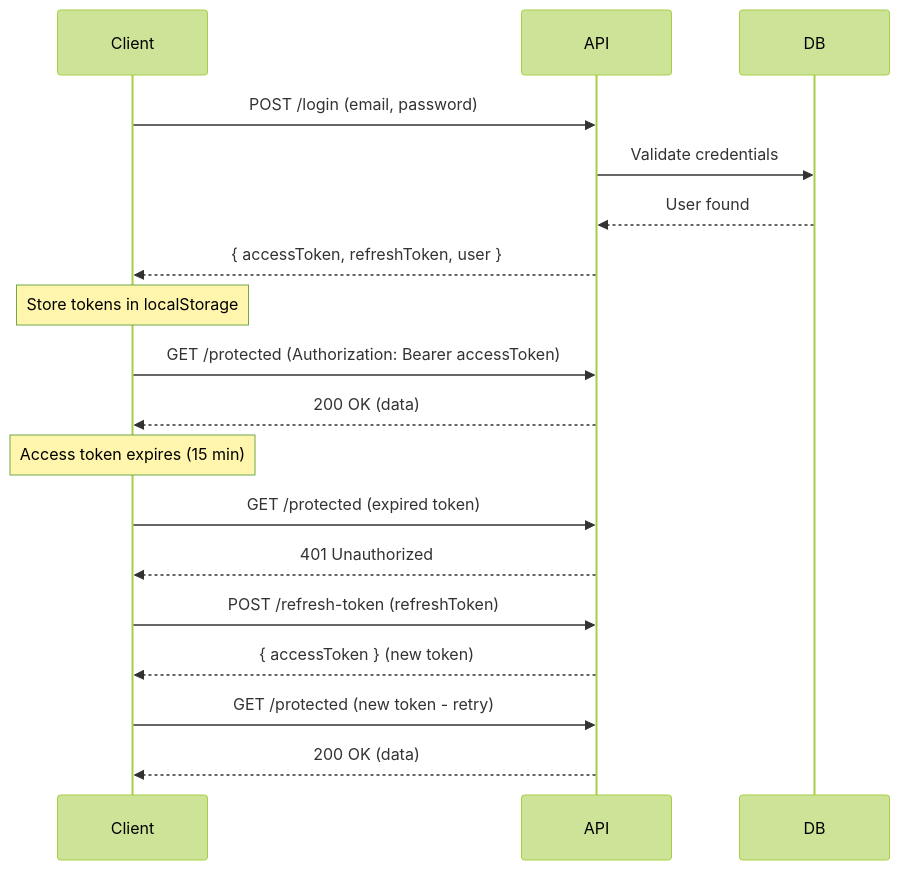
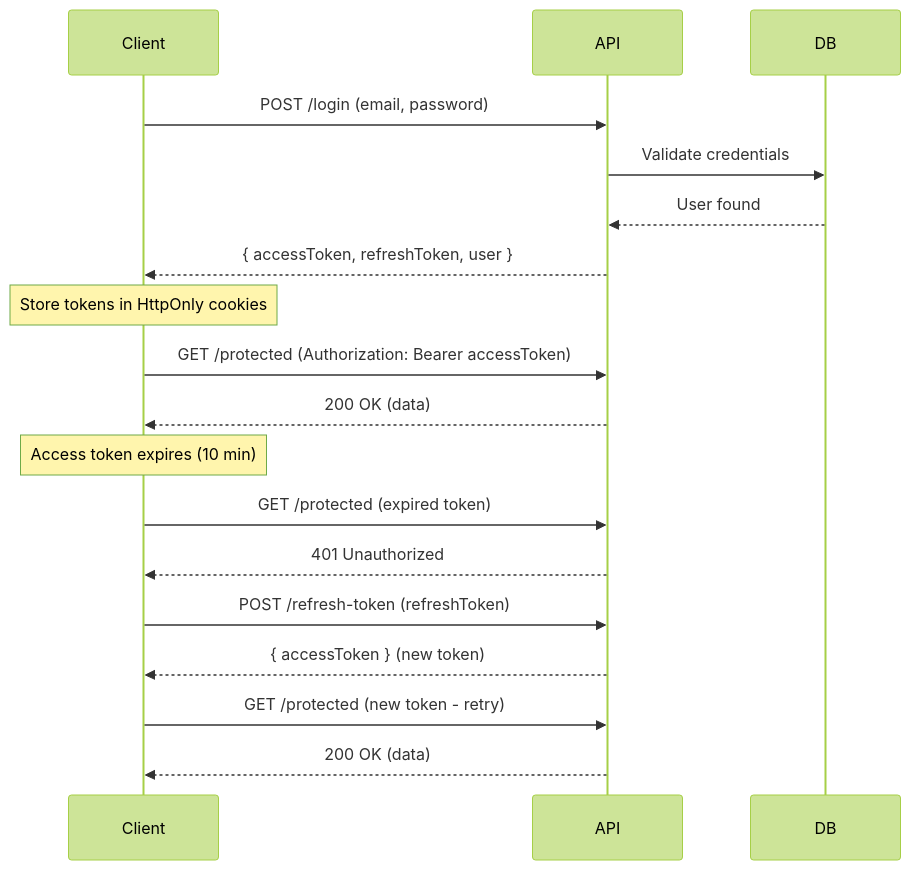
The third of 4 diagrams in ARCHITECTURE.md (GuillaumePOREZ72/interview-trainer-ai), drawn with Mermaid (forest theme) before and after one commit. The commit also changed other lines of this file and 2 other files, not shown here.

Commit message:
♻️ refactor(architecture): update token storage from localStorage to HttpOnly cookies and adjust access token expiry to 10 minutes

````diff
--- a/ARCHITECTURE.md
+++ b/ARCHITECTURE.md
@@ -180,27 +180,27 @@
 ```mermaid
 sequenceDiagram
     participant Client
     participant API
     participant DB
 
     Client->>API: POST /login (email, password)
     API->>DB: Validate credentials
     DB-->>API: User found
     API-->>Client: { accessToken, refreshToken, user }
 
-    Note over Client: Store tokens in localStorage
+    Note over Client: Store tokens in HttpOnly cookies
 
     Client->>API: GET /protected (Authorization: Bearer accessToken)
     API-->>Client: 200 OK (data)
 
-    Note over Client: Access token expires (15 min)
+    Note over Client: Access token expires (10 min)
 
     Client->>API: GET /protected (expired token)
     API-->>Client: 401 Unauthorized
 
     Client->>API: POST /refresh-token (refreshToken)
     API-->>Client: { accessToken } (new token)
 
     Client->>API: GET /protected (new token - retry)
     API-->>Client: 200 OK (data)
 ```
````
